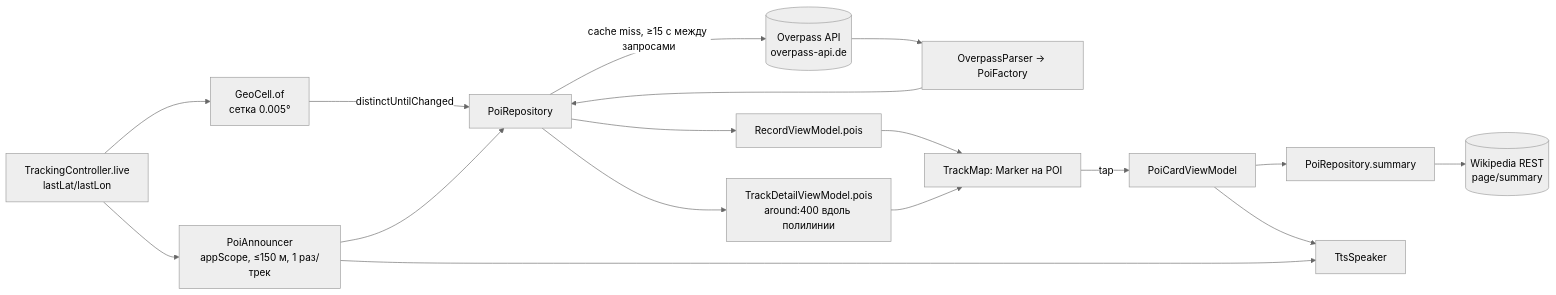
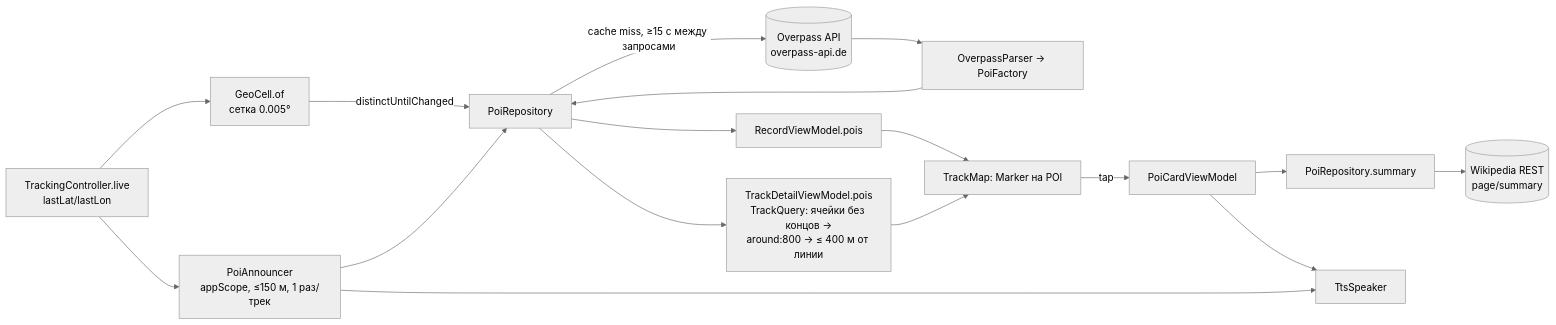
Before and after one commit to AlexanderSwift89/JustTracker: the fourth of 5 diagrams in docs/05_architecture.md, drawn with Mermaid (neutral theme). The commit also changed other lines of this file and 7 other files, not shown here.

````diff
--- a/docs/05_architecture.md
+++ b/docs/05_architecture.md
@@ -201,18 +201,18 @@
 ```mermaid
 flowchart LR
   LIVE[TrackingController.live<br/>lastLat/lastLon] --> CELL[GeoCell.of<br/>сетка 0.005°]
   CELL -->|distinctUntilChanged| REPO[PoiRepository]
   REPO -->|cache miss, ≥15 с между запросами| OVP[(Overpass API<br/>overpass-api.de)]
   OVP --> PARSE[OverpassParser → PoiFactory]
   PARSE --> REPO
   REPO --> RVM[RecordViewModel.pois]
-  REPO --> DVM[TrackDetailViewModel.pois<br/>around:400 вдоль полилинии]
+  REPO --> DVM[TrackDetailViewModel.pois<br/>TrackQuery: ячейки без концов →<br/>around:800 → ≤ 400 м от линии]
   RVM & DVM --> MAP[TrackMap: Marker на POI]
   MAP -->|tap| CARD[PoiCardViewModel]
   CARD --> REPO2[PoiRepository.summary]
   REPO2 --> WIKI[(Wikipedia REST<br/>page/summary)]
   CARD --> TTS[TtsSpeaker]
   LIVE --> ANN[PoiAnnouncer<br/>appScope, ≤150 м, 1 раз/трек]
   ANN --> REPO
   ANN --> TTS
 ```
````
